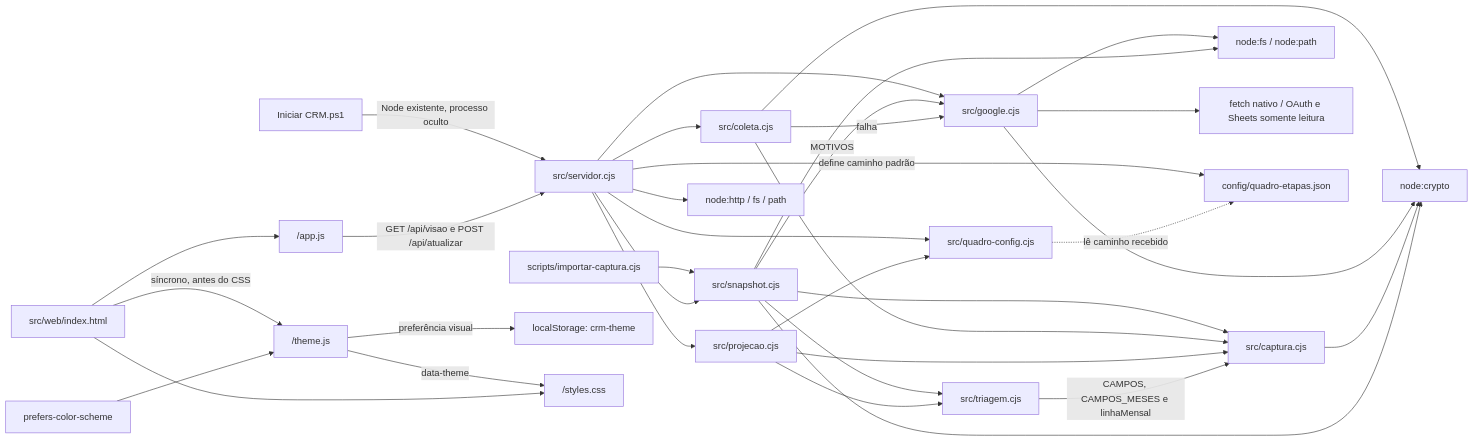
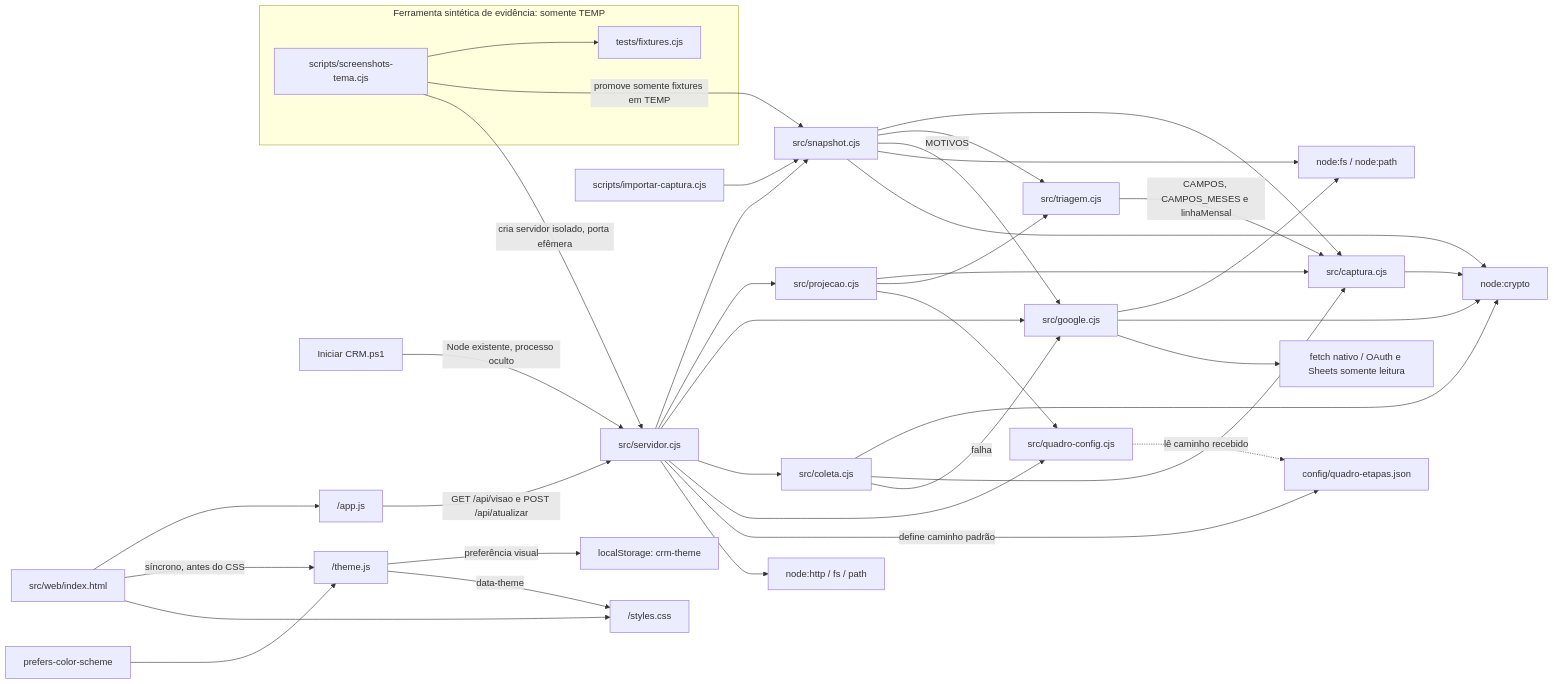
The first of 4 diagrams in docs/architecture.md (Browsher/crm-social), drawn with Mermaid before and after one commit. The commit also changed other lines of this file and 10 other files, not shown here.

````diff
--- a/docs/architecture.md
+++ b/docs/architecture.md
@@ -9,36 +9,41 @@
 ```mermaid
 flowchart LR
   Iniciador["Iniciar CRM.ps1"] -->|Node existente, processo oculto| Server
   CLI["scripts/importar-captura.cjs"] --> Snapshot["src/snapshot.cjs"]
+  subgraph Evidencia["Ferramenta sintética de evidência: somente TEMP"]
+    Screenshots["scripts/screenshots-tema.cjs"] --> Fixtures["tests/fixtures.cjs"]
+  end
+  Screenshots -->|promove somente fixtures em TEMP| Snapshot
+  Screenshots -->|cria servidor isolado, porta efêmera| Server
   Snapshot --> Captura["src/captura.cjs"]
   Snapshot --> Triagem["src/triagem.cjs"]
   Server["src/servidor.cjs"] --> Snapshot
   Server --> Projecao["src/projecao.cjs"]
   Server --> Google["src/google.cjs"]
   Server --> Coleta["src/coleta.cjs"]
   Snapshot -->|MOTIVOS| Google
   Coleta --> Crypto
   Coleta --> Captura
   Coleta -->|falha| Google
   Google --> FS
   Google --> Crypto
   Google --> Fetch["fetch nativo / OAuth e Sheets somente leitura"]
   Server --> Quadro["src/quadro-config.cjs"]
   Projecao --> Captura
   Projecao --> Triagem
   Triagem -->|CAMPOS, CAMPOS_MESES e linhaMensal| Captura
   Projecao --> Quadro
   Server -->|define caminho padrão| Config["config/quadro-etapas.json"]
   Quadro -.->|lê caminho recebido| Config
   HTML["src/web/index.html"] --> JS["/app.js"]
   HTML -->|síncrono, antes do CSS| Theme["/theme.js"]
   Theme -->|preferência visual| Storage["localStorage: crm-theme"]
   System["prefers-color-scheme"] --> Theme
   Theme -->|data-theme| CSS
   HTML --> CSS["/styles.css"]
   JS -->|GET /api/visao e POST /api/atualizar| Server
   Snapshot --> FS["node:fs / node:path"]
   Captura --> Crypto["node:crypto"]
   Snapshot --> Crypto
   Server --> HTTP["node:http / fs / path"]
 ```
````
